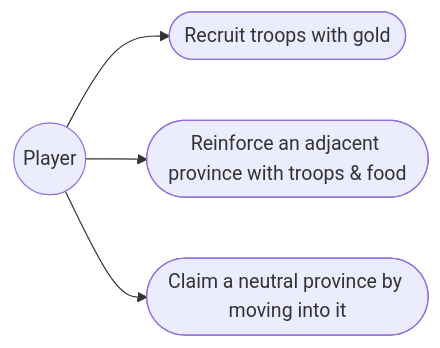
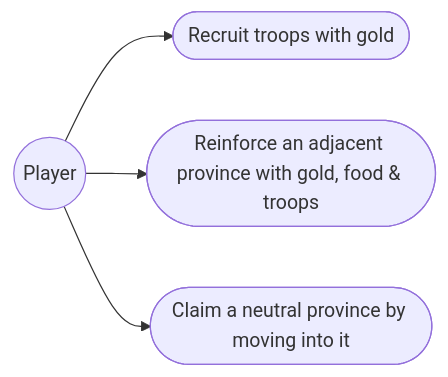
One commit to pslotinsky/kunstkamera changed the first of 3 diagrams in gemfire/docs/design/05-armies-and-movement.md. Above: the diagram before and after it, drawn with Mermaid. The commit also changed other lines of this file and 5 other files, not shown here.

Commit message:
feat(gemfire): move troops also moves gold

````diff
--- a/gemfire/docs/design/05-armies-and-movement.md
+++ b/gemfire/docs/design/05-armies-and-movement.md
@@ -32,7 +32,7 @@
 ```mermaid
 flowchart LR
   player((Player))
   player --> uc1(["Recruit troops with gold"])
-  player --> uc2(["Reinforce an adjacent province with troops & food"])
+  player --> uc2(["Reinforce an adjacent province with gold, food & troops"])
   player --> uc3(["Claim a neutral province by moving into it"])
 ```
````
